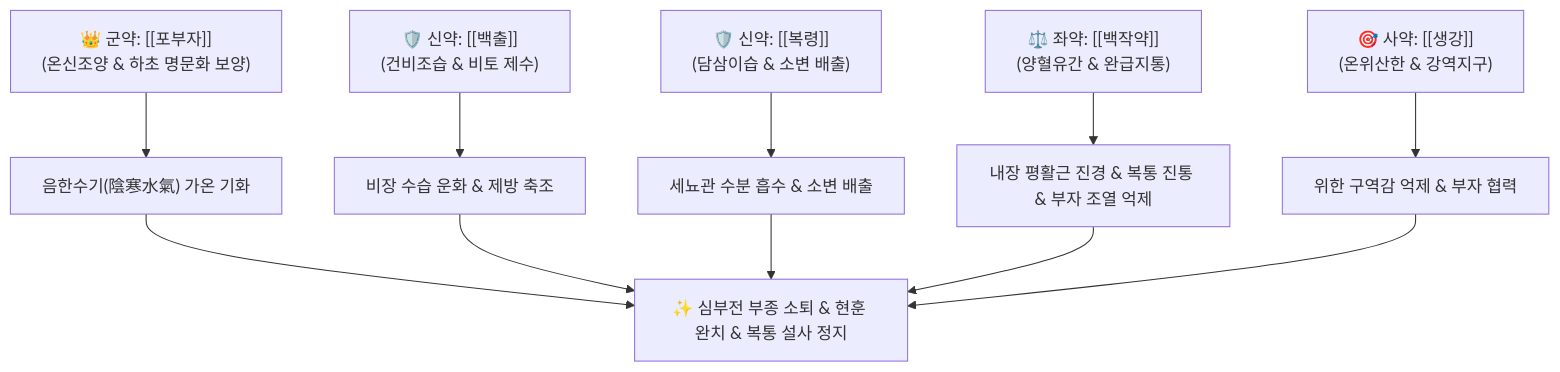
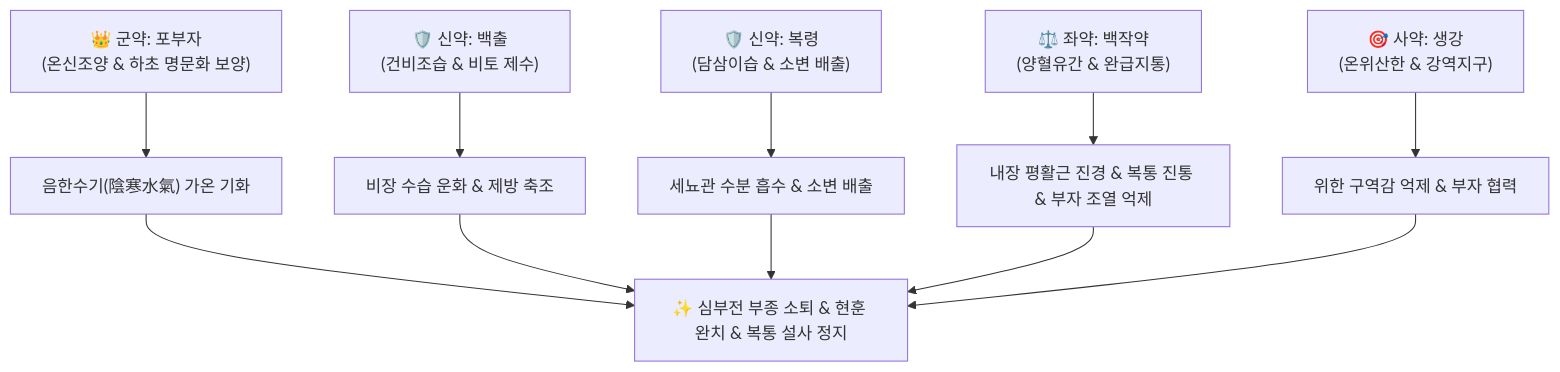
Before and after one commit to simbio11/simbio-digital-garden2: the diagram in content/2. 약리 공부/처방/03_화담·거습·이수제/진무탕.md, drawn with Mermaid. The commit also changed other lines of this file and 122 other files, not shown here.

````diff
--- a/content/2. 약리 공부/처방/03_화담·거습·이수제/진무탕.md
+++ b/content/2. 약리 공부/처방/03_화담·거습·이수제/진무탕.md
@@ -51,13 +51,13 @@
 ```mermaid
 graph TD
-    Gun["👑 군약: [[포부자]]<br>(온신조양 & 하초 명문화 보양)"] --> Boil["음한수기(陰寒水氣) 가온 기화"]
-    Sin1["🛡️ 신약: [[백출]]<br>(건비조습 & 비토 제수)"] --> Earth["비장 수습 운화 & 제방 축조"]
-    Sin2["🛡️ 신약: [[복령]]<br>(담삼이습 & 소변 배출)"] --> Drain["세뇨관 수분 흡수 & 소변 배출"]
-    Jwa["⚖️ 좌약: [[백작약]]<br>(양혈유간 & 완급지통)"] --> Relax["내장 평활근 진경 & 복통 진통 & 부자 조열 억제"]
-    Sa["🎯 사약: [[생강]]<br>(온위산한 & 강역지구)"] --> StopVomit["위한 구역감 억제 & 부자 협력"]
+    Gun["👑 군약: 포부자<br>(온신조양 & 하초 명문화 보양)"] --> Boil["음한수기(陰寒水氣) 가온 기화"]
+    Sin1["🛡️ 신약: 백출<br>(건비조습 & 비토 제수)"] --> Earth["비장 수습 운화 & 제방 축조"]
+    Sin2["🛡️ 신약: 복령<br>(담삼이습 & 소변 배출)"] --> Drain["세뇨관 수분 흡수 & 소변 배출"]
+    Jwa["⚖️ 좌약: 백작약<br>(양혈유간 & 완급지통)"] --> Relax["내장 평활근 진경 & 복통 진통 & 부자 조열 억제"]
+    Sa["🎯 사약: 생강<br>(온위산한 & 강역지구)"] --> StopVomit["위한 구역감 억제 & 부자 협력"]
     Boil --> Target["✨ 심부전 부종 소퇴 & 현훈 완치 & 복통 설사 정지"]
     Earth --> Target
     Drain --> Target
     Relax --> Target
     StopVomit --> Target
 ```
````
